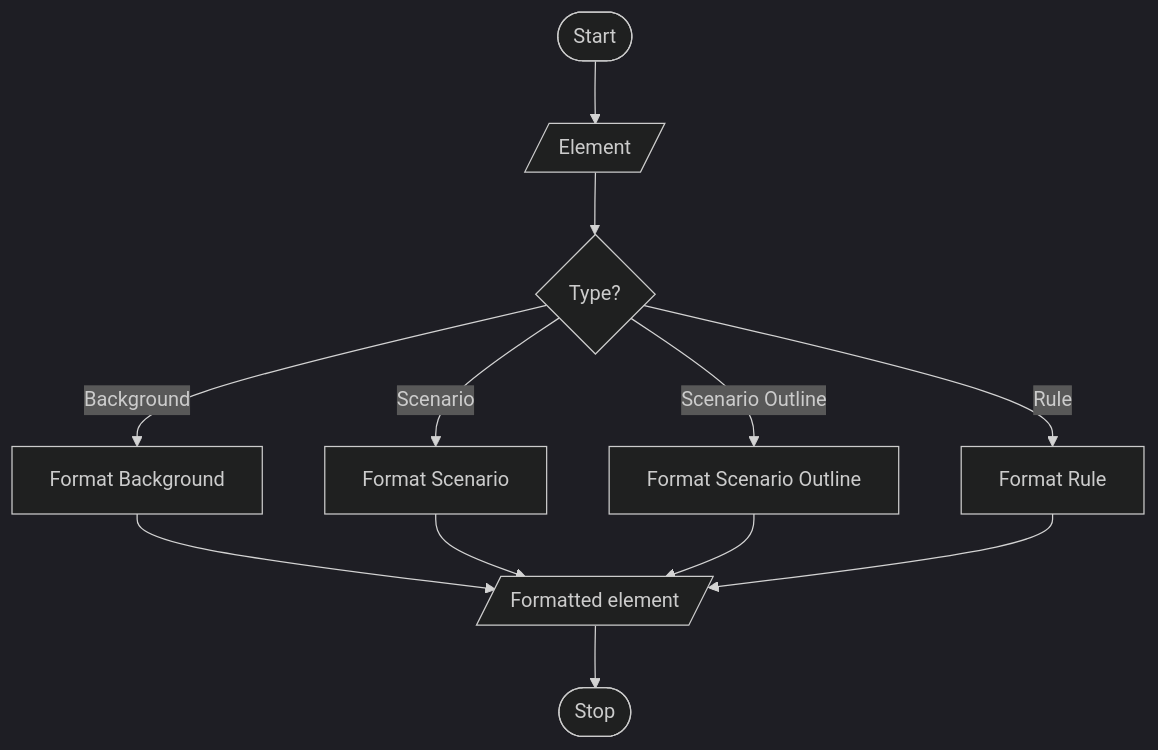
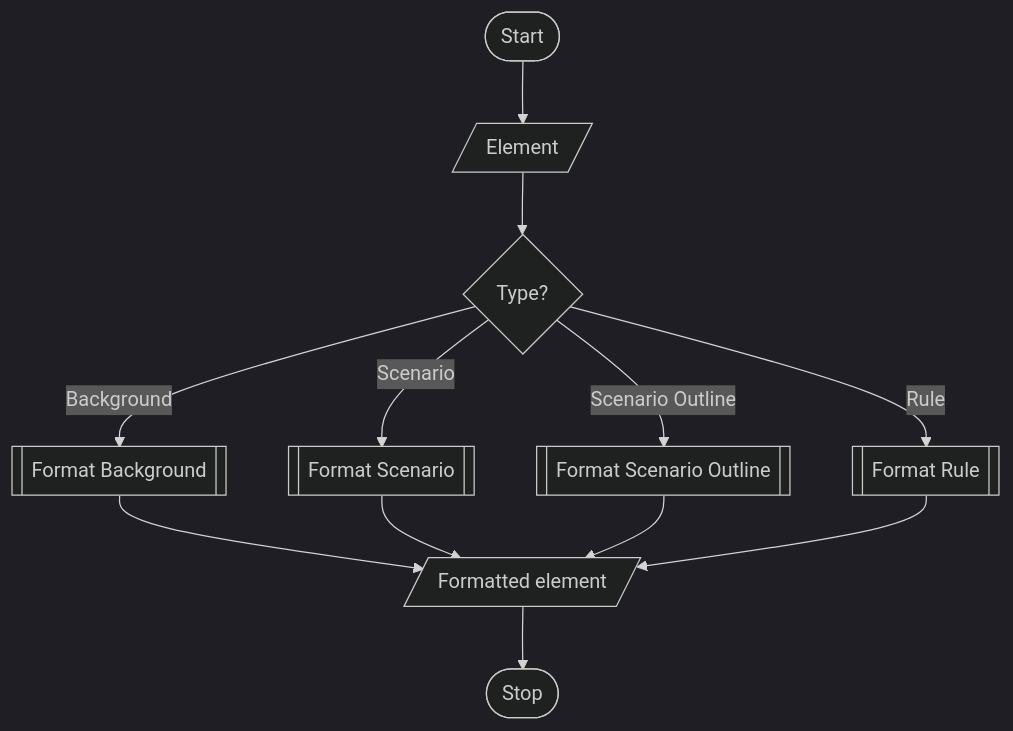
One commit to gherking/gherking-docs changed the fourth of 15 diagrams in src/mermaid.md. Above: the diagram before and after it, drawn with Mermaid (dark theme). The commit also changed other lines of this file, not shown here.

````diff
--- a/src/mermaid.md
+++ b/src/mermaid.md
@@ -42,11 +42,11 @@
 ```mermaid
 graph TD
 A([Start])
 -->B[/Element/]
 -->C{Type?}
-C-->|Background| D3[Format Background] --> Z[/Formatted element/]
-C-->|Scenario| E3[Format Scenario] --> Z
-C-->|Scenario Outline| F[Format Scenario Outline] --> Z
-C-->|Rule| G[Format Rule] -->Z
+C-->|Background| D3[[Format Background]] --> Z[/Formatted element/]
+C-->|Scenario| E3[[Format Scenario]] --> Z
+C-->|Scenario Outline| F[[Format Scenario Outline]] --> Z
+C-->|Rule| G[[Format Rule]] -->Z
 Z --> Y([Stop])
 ```
````
